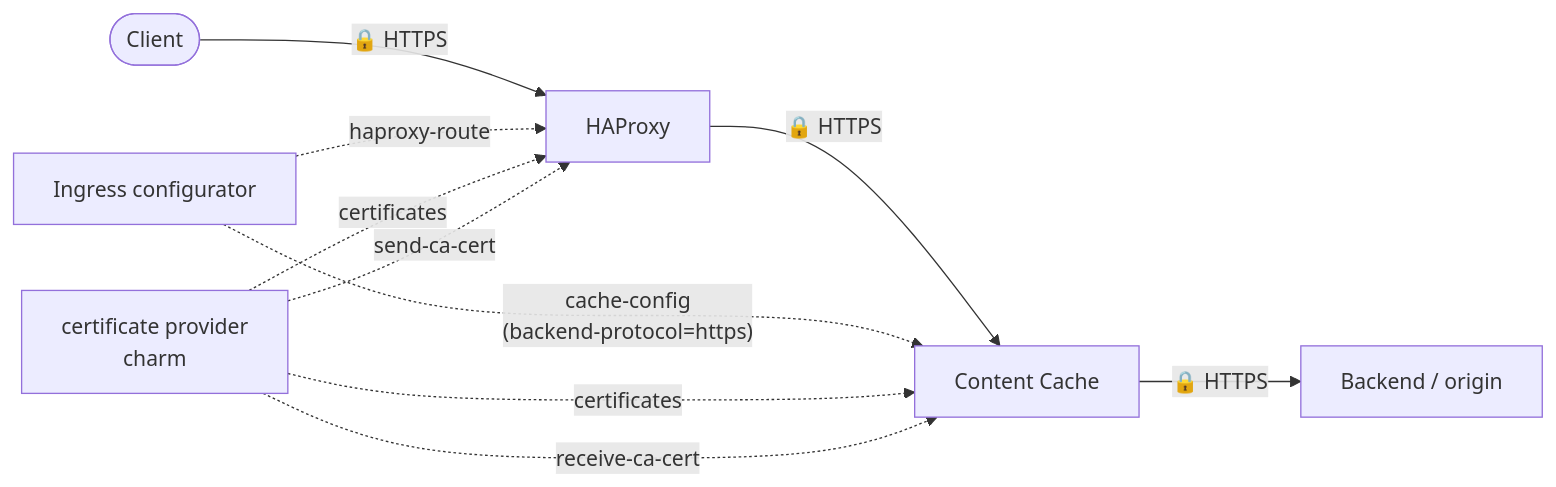
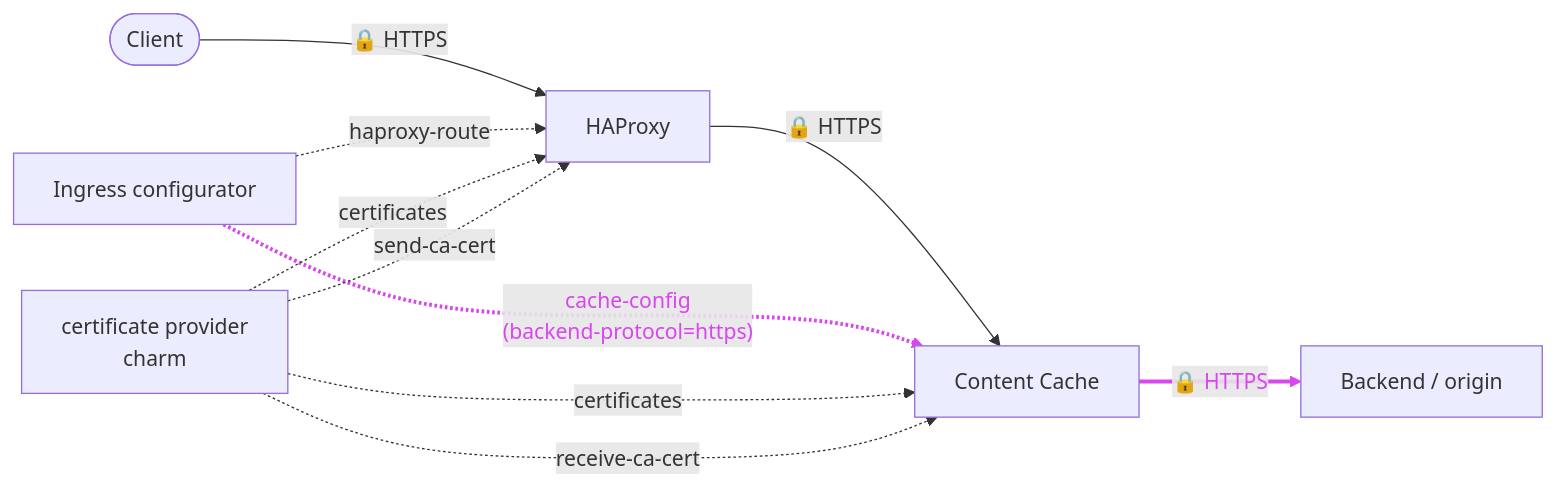
Before and after one commit to canonical/content-cache-operator: the fourth of 4 diagrams in docs/reference/deployment-architecture.md, drawn with Mermaid.

Commit message:
docs: highlight what Scenario 3 adds over Scenario 2 in its diagram
Apply @erinecon's review suggestion: color the CC-to-Backend and
IC-to-CC (cache-config) links to draw the eye to the two things that
change relative to Scenario 2's diagram.

````diff
--- a/docs/reference/deployment-architecture.md
+++ b/docs/reference/deployment-architecture.md
@@ -143,12 +143,18 @@
 ```{mermaid}
 flowchart LR
     Client(["Client"]) -->|"🔒 HTTPS"| HAProxy["HAProxy"]
     HAProxy -->|"🔒 HTTPS"| CC["Content Cache"]
     CC -->|"🔒 HTTPS"| Backend["Backend / origin"]
     IC["Ingress configurator"] -.->|"cache-config<br/>(backend-protocol=https)"| CC
     IC -.->|"haproxy-route"| HAProxy
     Lego["certificate provider<br/>charm"] -.->|"certificates"| HAProxy
     Lego -.->|"certificates"| CC
     Lego -.->|"send-ca-cert"| HAProxy
     Lego -.->|"receive-ca-cert"| CC
+
+    %% Index 2: CC to Backend (Colors the line and the text)
+    linkStyle 2 stroke:#d946ef,stroke-width:3px,color:#d946ef
+    
+    %% Index 3: IC to CC
+    linkStyle 3 stroke:#d946ef,stroke-width:3px,color:#d946ef
 ```
````
